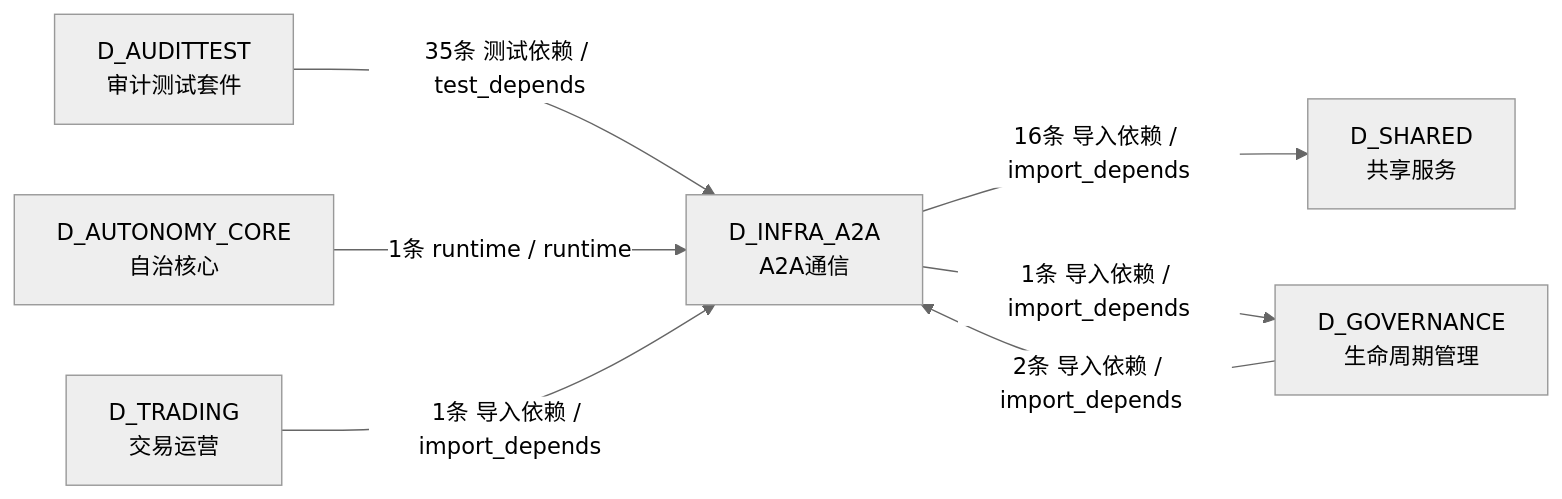
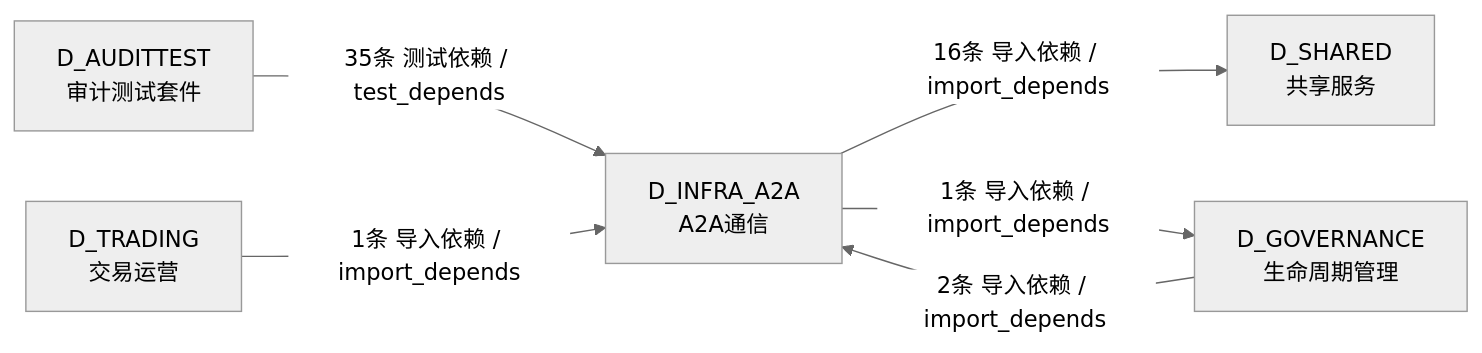
Before and after one commit to xuanFelixVan/ZephyrAlpha: the sixth of 6 diagrams in docs/02_enterprise_architecture/02_domain_architecture_docs/01_d_infra_a2a.md, drawn with Mermaid (neutral theme). The commit also changed other lines of this file and 100 other files, not shown here.

````diff
--- a/docs/02_enterprise_architecture/02_domain_architecture_docs/01_d_infra_a2a.md
+++ b/docs/02_enterprise_architecture/02_domain_architecture_docs/01_d_infra_a2a.md
@@ -686,15 +685,13 @@
 ```mermaid
 graph LR
     D_INFRA_A2A["D_INFRA_A2A<br/>A2A通信"]
     D_SHARED["D_SHARED<br/>共享服务"]
     D_GOVERNANCE["D_GOVERNANCE<br/>生命周期管理"]
     D_AUDITTEST["D_AUDITTEST<br/>审计测试套件"]
-    D_AUTONOMY_CORE["D_AUTONOMY_CORE<br/>自治核心"]
     D_TRADING["D_TRADING<br/>交易运营"]
     D_INFRA_A2A -->|16条 导入依赖 / import_depends| D_SHARED
     D_INFRA_A2A -->|1条 导入依赖 / import_depends| D_GOVERNANCE
     D_AUDITTEST -->|35条 测试依赖 / test_depends| D_INFRA_A2A
     D_GOVERNANCE -->|2条 导入依赖 / import_depends| D_INFRA_A2A
-    D_AUTONOMY_CORE -->|1条 runtime / runtime| D_INFRA_A2A
     D_TRADING -->|1条 导入依赖 / import_depends| D_INFRA_A2A
 ```
````
